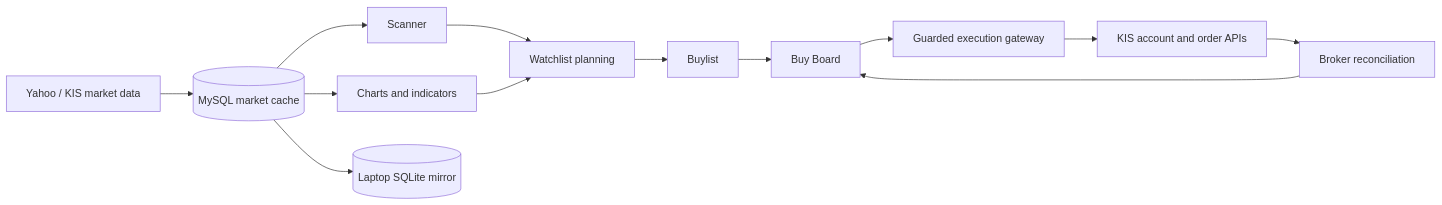
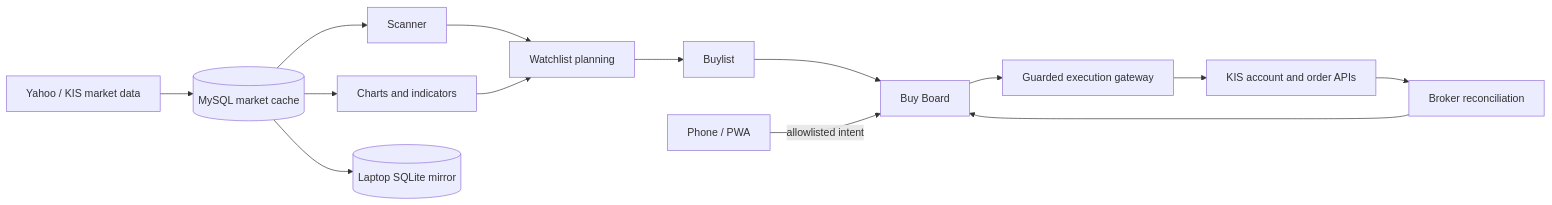
One commit to cafe-auvers/quant_app changed the diagram in docs/wiki/System-Overview.md. Above: the diagram before and after it, drawn with Mermaid. The commit also changed other lines of this file and 42 other files, not shown here.

````diff
--- a/docs/wiki/System-Overview.md
+++ b/docs/wiki/System-Overview.md
@@ -11,15 +12,16 @@
 ```mermaid
 flowchart LR
     Provider[Yahoo / KIS market data] --> Cache[(MySQL market cache)]
     Cache --> Scanner[Scanner]
     Cache --> Charts[Charts and indicators]
     Scanner --> Watchlist[Watchlist planning]
     Charts --> Watchlist
     Watchlist --> Buylist[Buylist]
     Buylist --> Board[Buy Board]
     KIS[KIS account and order APIs] --> Reconcile[Broker reconciliation]
     Board --> Gateway[Guarded execution gateway]
+    Web[Phone / PWA] -->|allowlisted intent| Board
     Gateway --> KIS
     Reconcile --> Board
     Cache --> Mirror[(Laptop SQLite mirror)]
 ```
````
